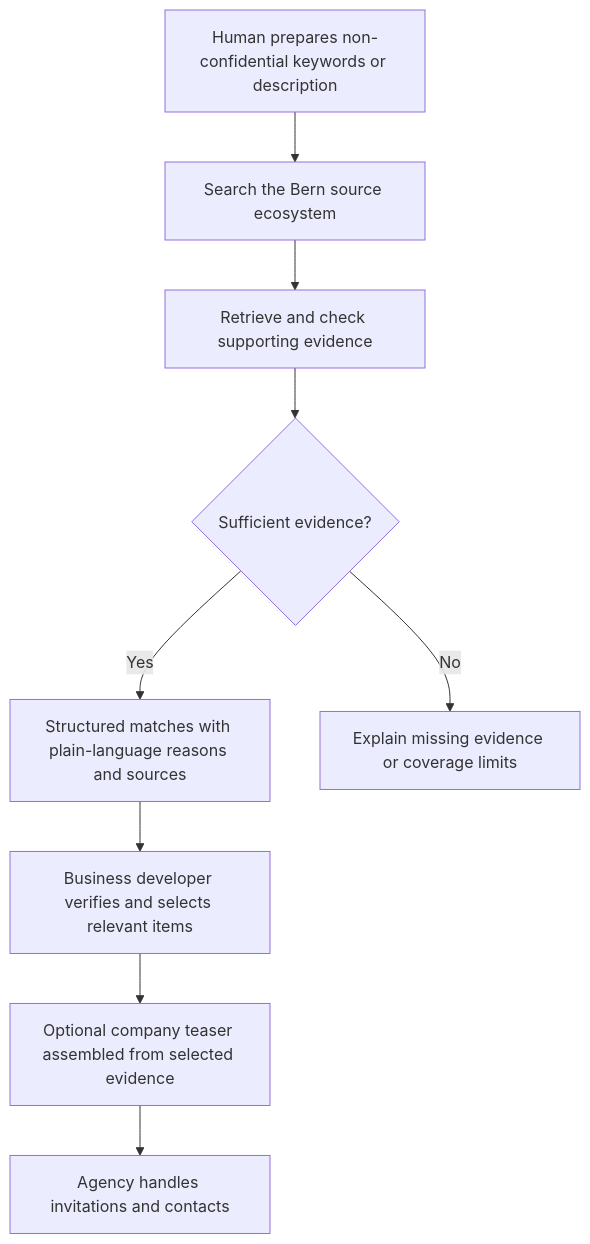
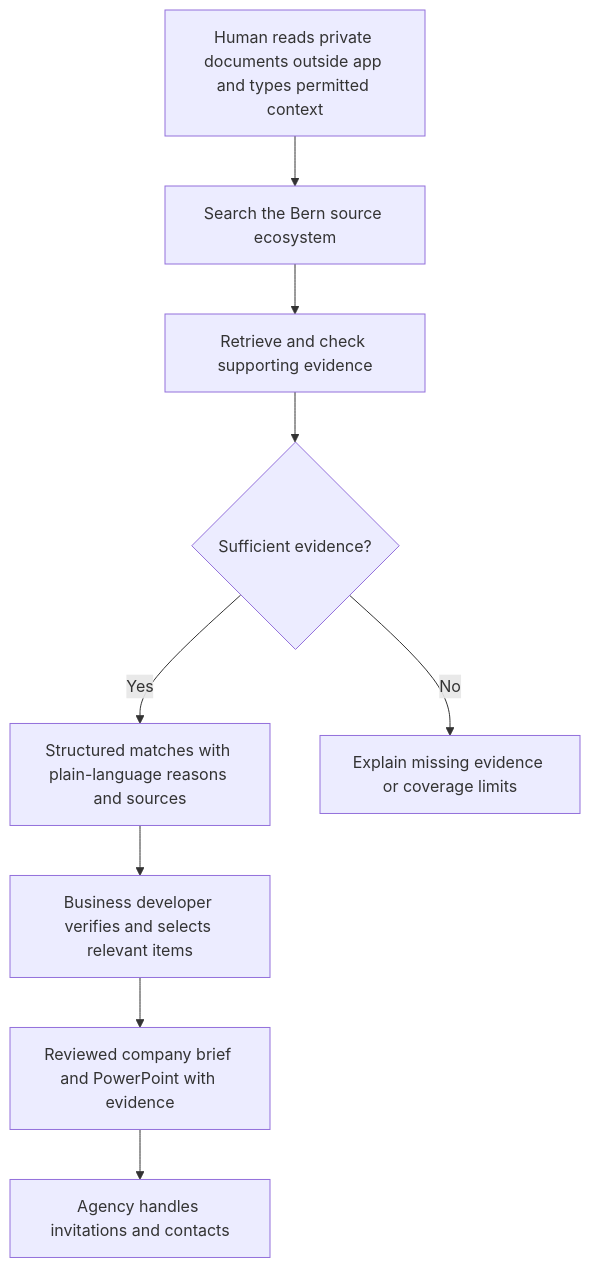
The diagram in docs/challenge/WORKFLOWS_AND_CASES.md (RenatoMignone/hack-apertus-b2b), drawn with Mermaid before and after one commit. The commit also changed other lines of this file and 20 other files, not shown here.

Commit message:
Document domain-independent architecture and evidence pipeline

````diff
--- a/docs/challenge/WORKFLOWS_AND_CASES.md
+++ b/docs/challenge/WORKFLOWS_AND_CASES.md
@@ -44,11 +45,11 @@
 ```mermaid
 flowchart TD
-    A[Human prepares non-confidential keywords or description] --> B[Search the Bern source ecosystem]
+    A[Human reads private documents outside app and types permitted context] --> B[Search the Bern source ecosystem]
     B --> C[Retrieve and check supporting evidence]
     C --> D{Sufficient evidence?}
     D -->|Yes| E[Structured matches with plain-language reasons and sources]
     D -->|No| F[Explain missing evidence or coverage limits]
     E --> G[Business developer verifies and selects relevant items]
-    G --> H[Optional company teaser assembled from selected evidence]
+    G --> H[Reviewed company brief and PowerPoint with evidence]
     H --> I[Agency handles invitations and contacts]
 ```
````
